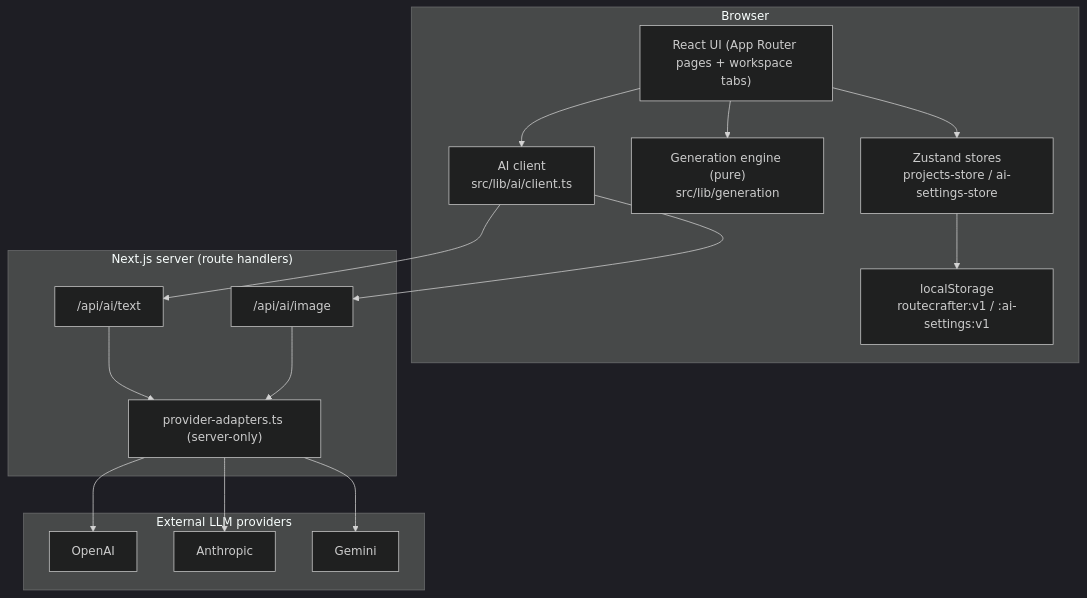
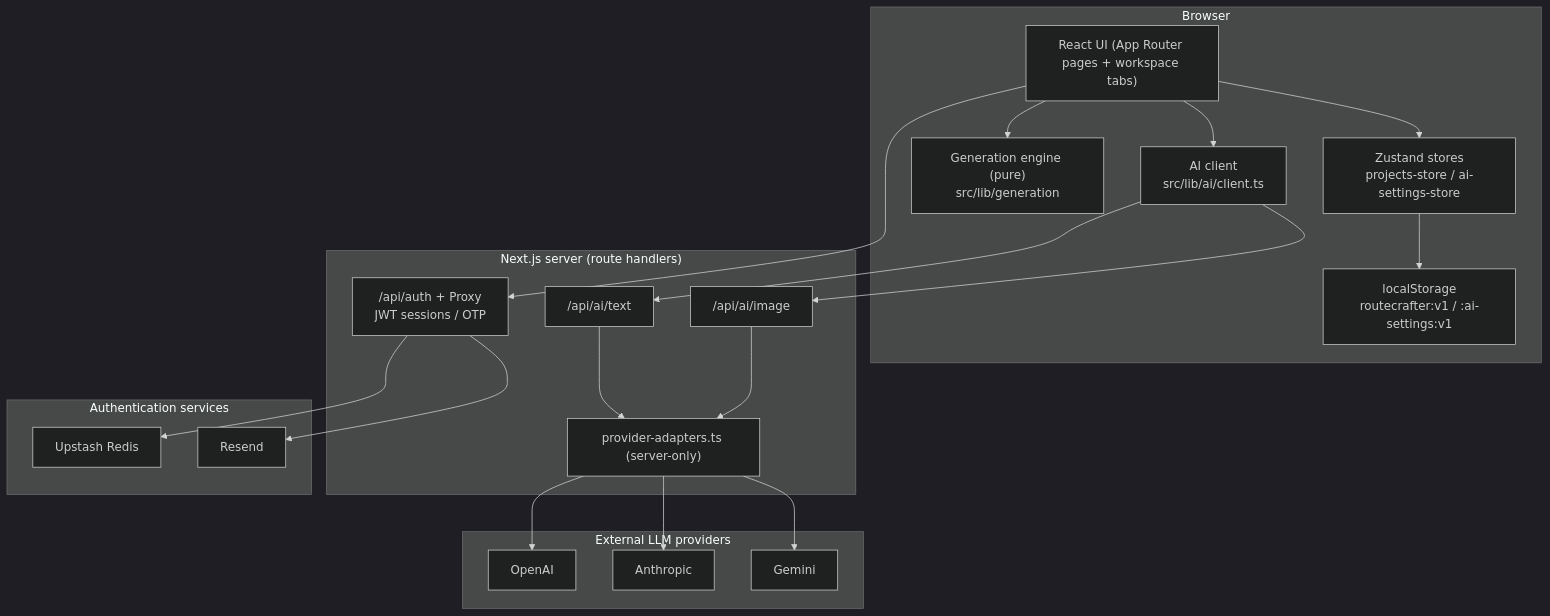
One commit to Saransh-Sharma/RouteCrafter changed the diagram in docs/architecture/overview.md. Above: the diagram before and after it, drawn with Mermaid (dark theme). The commit also changed other lines of this file and 5 other files, not shown here.

Commit message:
Update README and architecture documentation

````diff
--- a/docs/architecture/overview.md
+++ b/docs/architecture/overview.md
@@ -11,34 +11,43 @@
 ```mermaid
 flowchart TB
   subgraph Browser
     UI["React UI (App Router pages + workspace tabs)"]
     Stores["Zustand stores\nprojects-store / ai-settings-store"]
     Gen["Generation engine (pure)\nsrc/lib/generation"]
     AiClient["AI client\nsrc/lib/ai/client.ts"]
     LS["localStorage\nroutecrafter:v1 / :ai-settings:v1"]
     UI --> Stores
     UI --> Gen
     UI --> AiClient
     Stores --> LS
   end
 
   subgraph Server["Next.js server (route handlers)"]
     TextRoute["/api/ai/text"]
     ImageRoute["/api/ai/image"]
+    Auth["/api/auth + Proxy\nJWT sessions / OTP"]
     Adapters["provider-adapters.ts (server-only)"]
     TextRoute --> Adapters
     ImageRoute --> Adapters
+  end
+
+  subgraph AuthServices["Authentication services"]
+    Redis["Upstash Redis"]
+    Resend["Resend"]
   end
 
   subgraph Providers["External LLM providers"]
     OpenAI
     Anthropic
     Gemini
   end
 
   AiClient --> TextRoute
   AiClient --> ImageRoute
+  UI --> Auth
+  Auth --> Redis
+  Auth --> Resend
   Adapters --> OpenAI
   Adapters --> Anthropic
   Adapters --> Gemini
 ```
````
